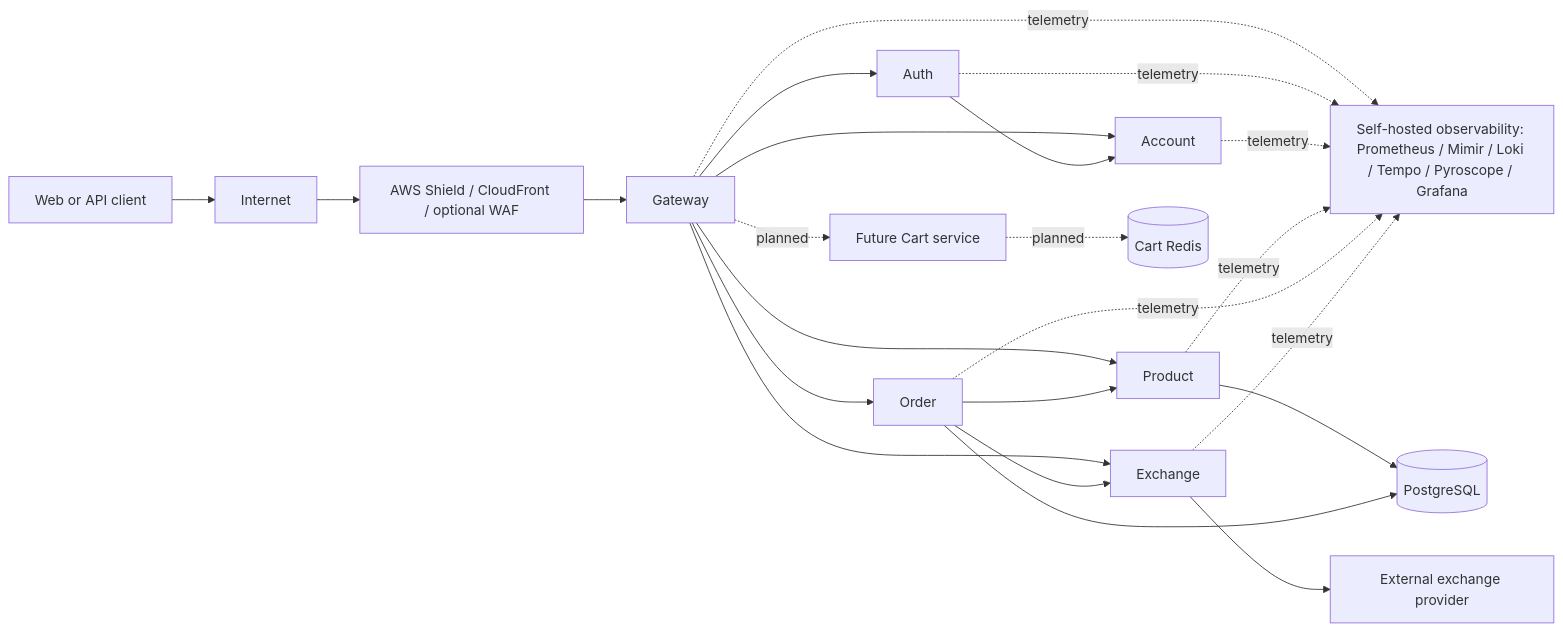
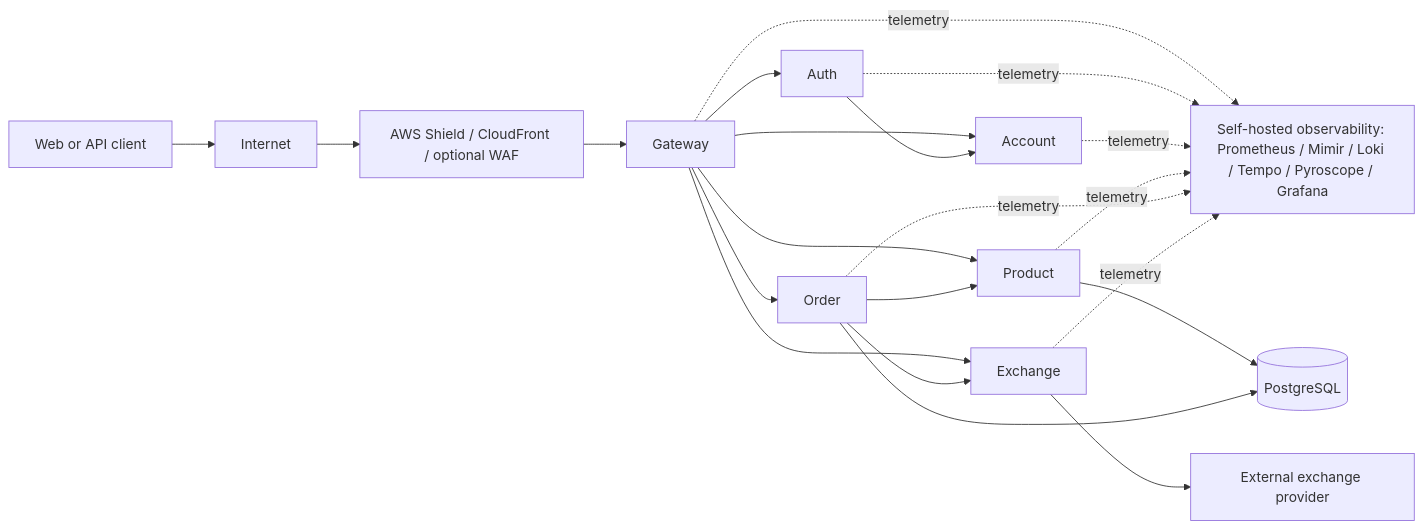
One commit to Microsserv52/platform changed the first of 5 diagrams in docs/project/architecture.md. Above: the diagram before and after it, drawn with Mermaid. The commit also changed other lines of this file and 17 other files, not shown here.

````diff
--- a/docs/project/architecture.md
+++ b/docs/project/architecture.md
@@ -30,36 +30,34 @@
 ```mermaid
 flowchart LR
     user[Web or API client]
     internet[Internet]
     edge[AWS Shield / CloudFront / optional WAF]
     gateway[Gateway]
     auth[Auth]
     account[Account]
     product[Product]
     order[Order]
     exchange[Exchange]
     database[(PostgreSQL)]
     provider[External exchange provider]
     observability[Self-hosted observability: Prometheus / Mimir / Loki / Tempo / Pyroscope / Grafana]
 
     user --> internet --> edge --> gateway
     gateway --> auth
     gateway --> account
     gateway --> product
     gateway --> order
-    gateway -. planned .-> cart[Future Cart service]
-    cart -. planned .-> redis[(Cart Redis)]
     gateway --> exchange
     auth --> account
     product --> database
     order --> database
     order --> product
     order --> exchange
     exchange --> provider
     gateway -. telemetry .-> observability
     auth -. telemetry .-> observability
     account -. telemetry .-> observability
     product -. telemetry .-> observability
     order -. telemetry .-> observability
     exchange -. telemetry .-> observability
 ```
````
